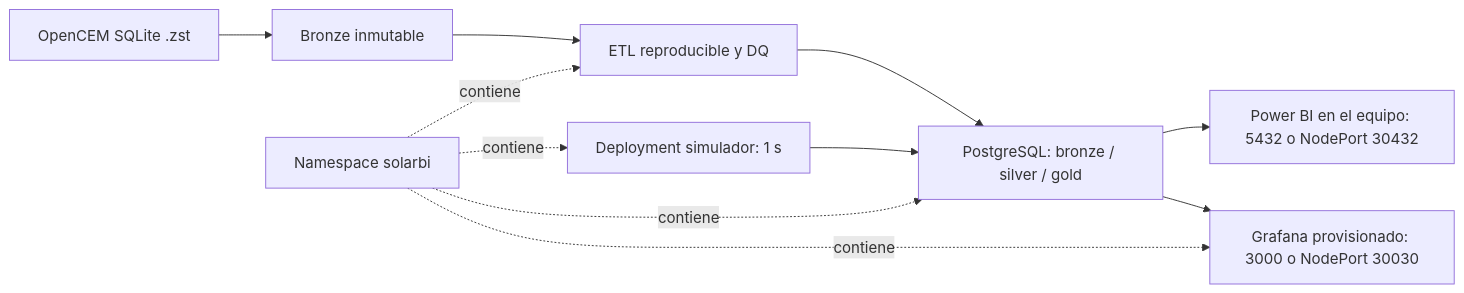
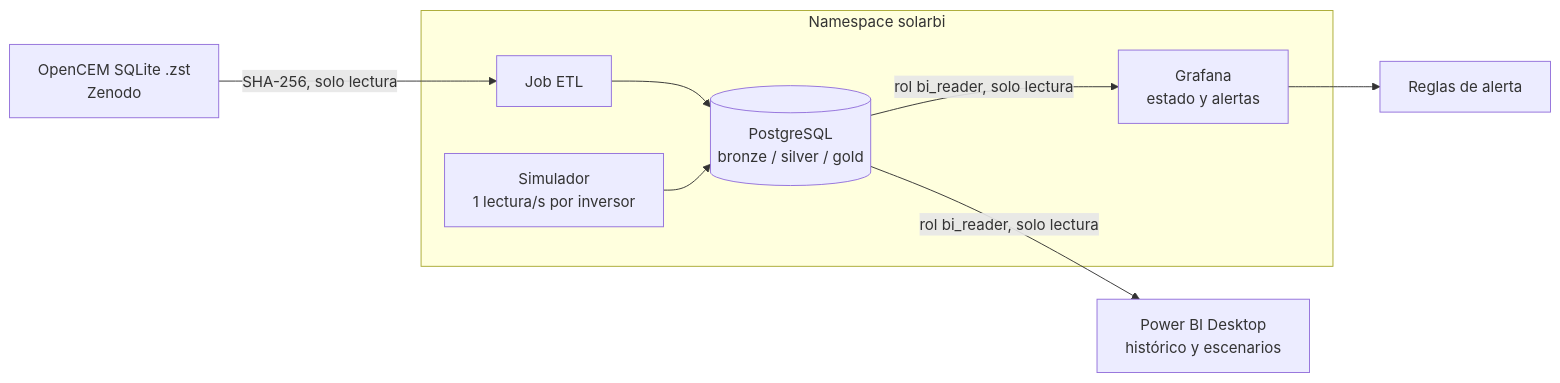
One commit to EduardoD15/GrafanaFinal changed the diagram in docs/ARQUITECTURA.md. Above: the diagram before and after it, drawn with Mermaid. The commit also changed other lines of this file and 20 other files, not shown here.

````diff
--- a/docs/ARQUITECTURA.md
+++ b/docs/ARQUITECTURA.md
@@ -3,13 +7,15 @@
 ```mermaid
 flowchart LR
-  A[OpenCEM SQLite .zst] --> B[Bronze inmutable]
-  B --> C[ETL reproducible y DQ]
-  C --> D[PostgreSQL: bronze / silver / gold]
-  D --> E[Power BI en el equipo: 5432 o NodePort 30432]
-  D --> F[Grafana provisionado: 3000 o NodePort 30030]
-  G[Deployment simulador: 1 s] --> D
-  H[Namespace solarbi] -. contiene .-> D
-  H -. contiene .-> C
-  H -. contiene .-> F
-  H -. contiene .-> G
+  A[OpenCEM SQLite .zst<br/>Zenodo] -->|SHA-256, solo lectura| E[Job ETL]
+  E --> B[(PostgreSQL<br/>bronze / silver / gold)]
+  S[Simulador<br/>1 lectura/s por inversor] --> B
+  B -->|rol bi_reader, solo lectura| P[Power BI Desktop<br/>histórico y escenarios]
+  B -->|rol bi_reader, solo lectura| G[Grafana<br/>estado y alertas]
+  G --> AL[Reglas de alerta]
+  subgraph K[Namespace solarbi]
+    E
+    B
+    S
+    G
+  end
 ```
````
